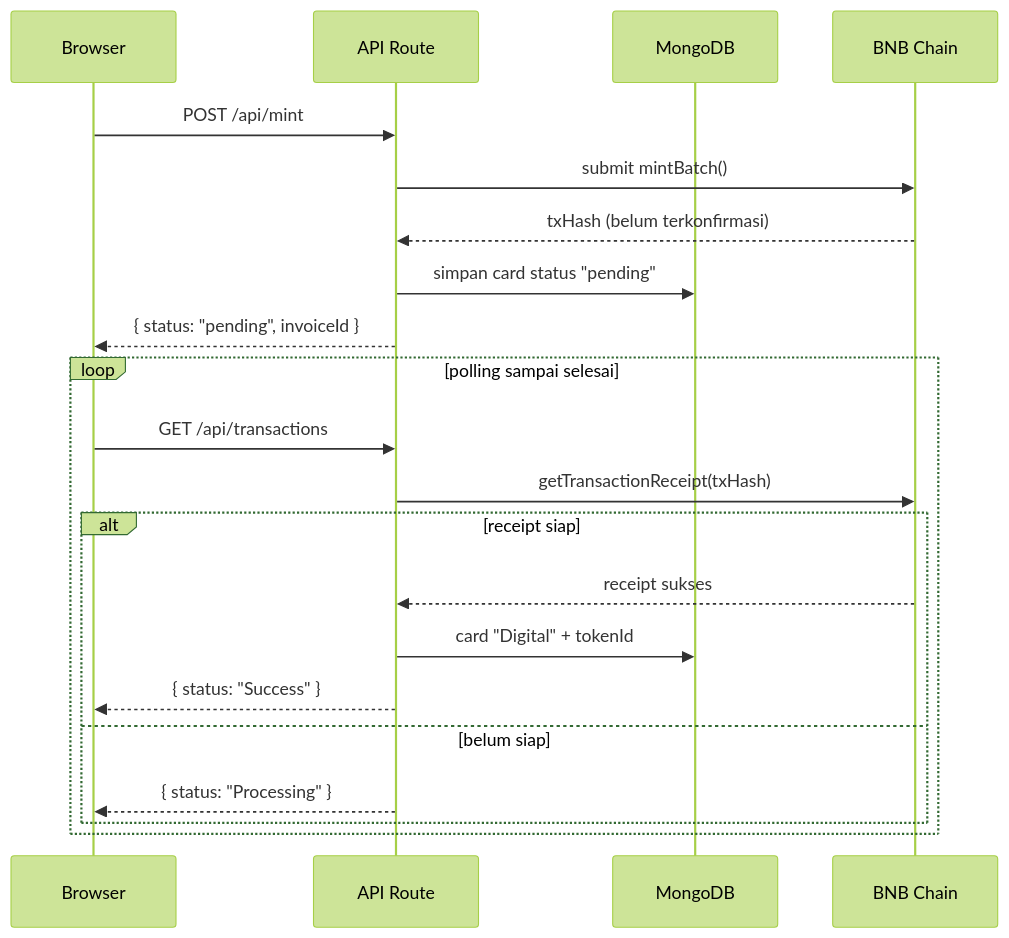
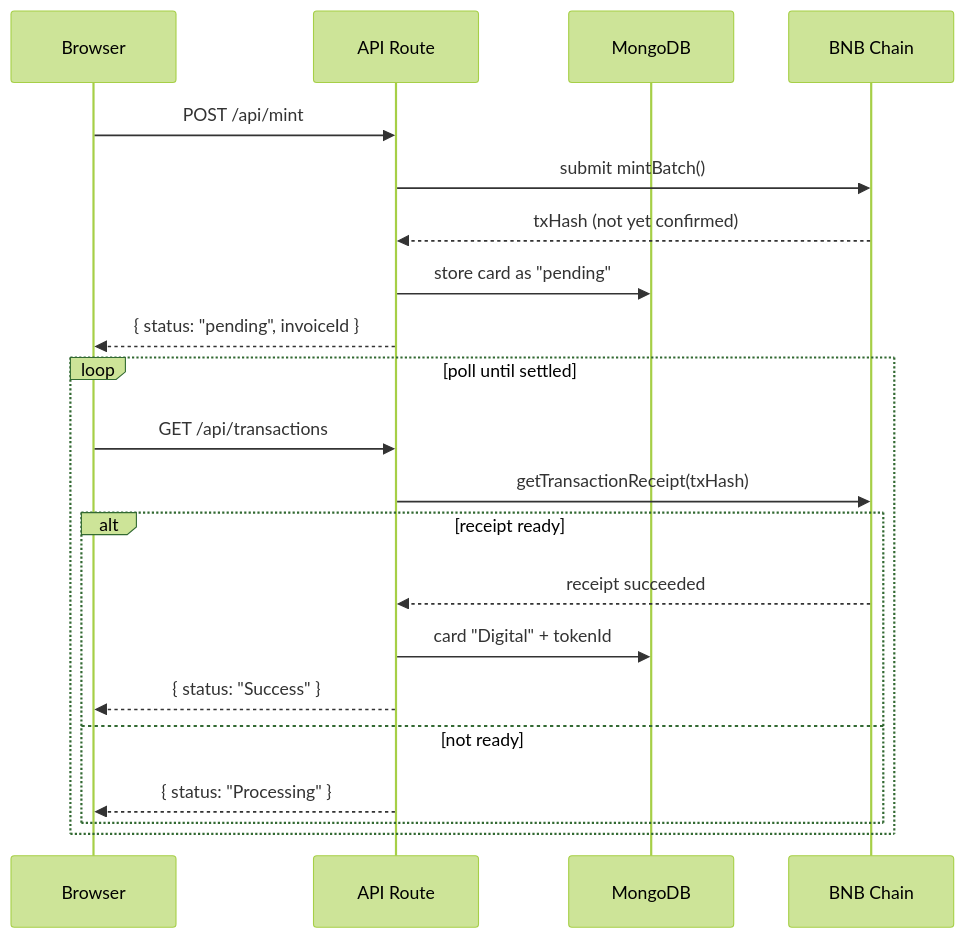
Before and after one commit to Gihasy/Gachard: the fourth of 4 diagrams in README.md, drawn with Mermaid (forest theme). The commit also changed other lines of this file, not shown here.

````diff
--- a/README.md
+++ b/README.md
@@ -214,25 +215,25 @@
 ```mermaid
 sequenceDiagram
     participant U as Browser
     participant API as API Route
     participant DB as MongoDB
     participant BC as BNB Chain
 
     U->>API: POST /api/mint
     API->>BC: submit mintBatch()
-    BC-->>API: txHash (belum terkonfirmasi)
-    API->>DB: simpan card status "pending"
+    BC-->>API: txHash (not yet confirmed)
+    API->>DB: store card as "pending"
     API-->>U: { status: "pending", invoiceId }
 
-    loop polling sampai selesai
+    loop poll until settled
         U->>API: GET /api/transactions
         API->>BC: getTransactionReceipt(txHash)
-        alt receipt siap
-            BC-->>API: receipt sukses
+        alt receipt ready
+            BC-->>API: receipt succeeded
             API->>DB: card "Digital" + tokenId
             API-->>U: { status: "Success" }
-        else belum siap
+        else not ready
             API-->>U: { status: "Processing" }
         end
     end
 ```
````
